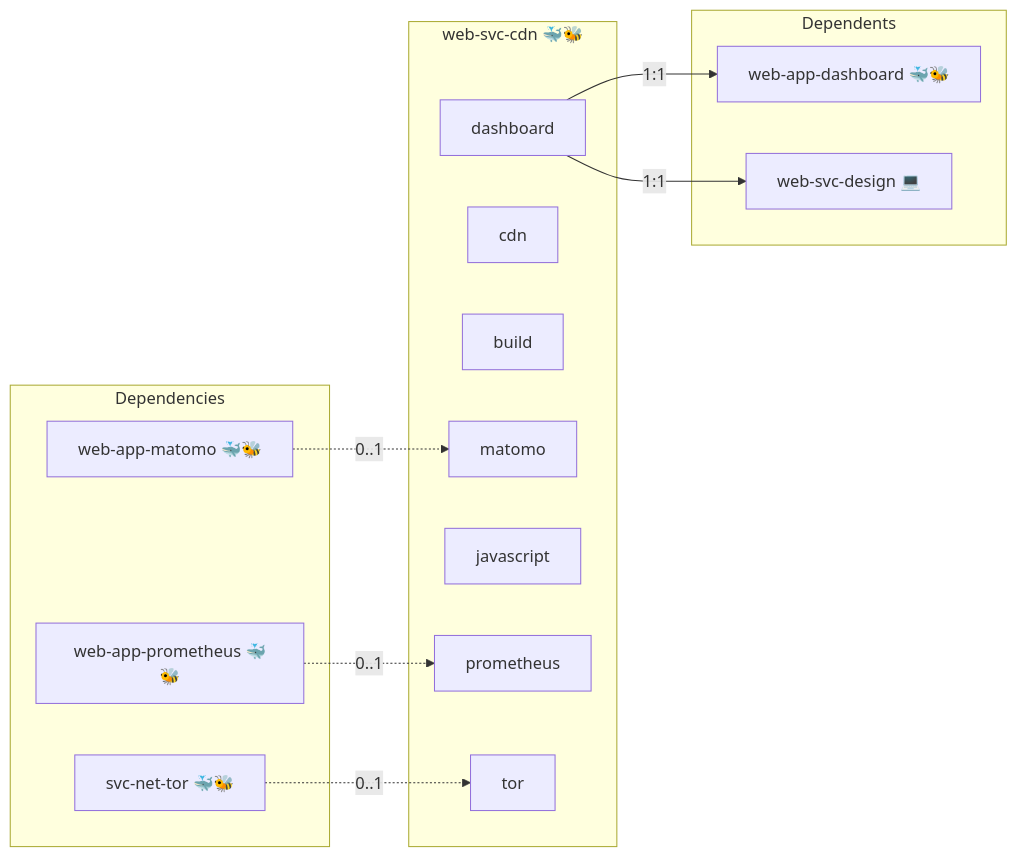
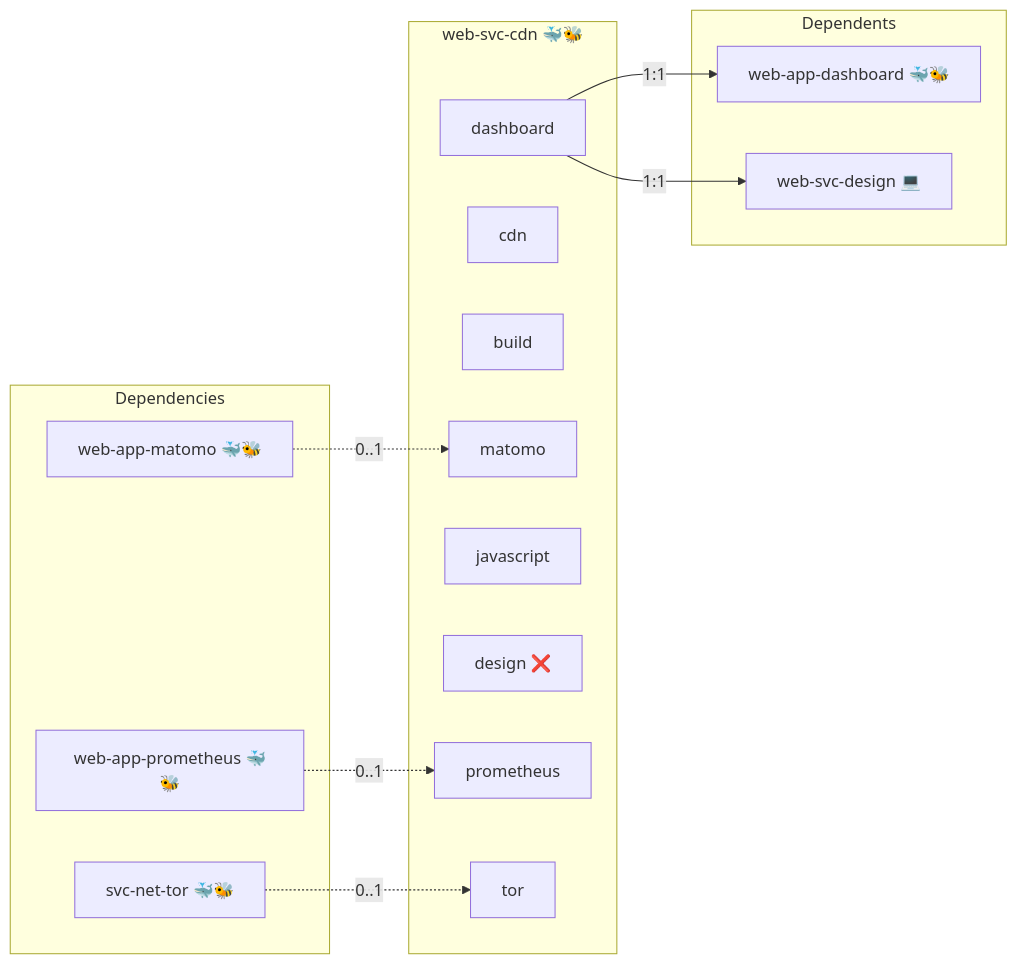
One commit to infinito-nexus/core changed the diagram in roles/web-svc-cdn/README.md. Above: the diagram before and after it, drawn with Mermaid. The commit also changed 32 other files, not shown here.

````diff
--- a/roles/web-svc-cdn/README.md
+++ b/roles/web-svc-cdn/README.md
@@ -17,26 +17,27 @@
 ```mermaid
 flowchart LR
     subgraph deps [Dependencies]
         dep_svc_net_tor["svc-net-tor 🐳🐝"]
         dep_web_app_matomo["web-app-matomo 🐳🐝"]
         dep_web_app_prometheus["web-app-prometheus 🐳🐝"]
     end
     subgraph role [web-svc-cdn 🐳🐝]
         svc_dashboard["dashboard"]
         svc_cdn["cdn"]
         svc_build["build"]
         svc_matomo["matomo"]
         svc_javascript["javascript"]
+        svc_design["design ❌"]
         svc_prometheus["prometheus"]
         svc_tor["tor"]
     end
     subgraph dependents [Dependents]
         dpt_web_app_dashboard["web-app-dashboard 🐳🐝"]
         dpt_web_svc_design["web-svc-design 💻"]
     end
     dep_svc_net_tor -. "0..1" .-> svc_tor
     dep_web_app_matomo -. "0..1" .-> svc_matomo
     dep_web_app_prometheus -. "0..1" .-> svc_prometheus
     svc_dashboard -- "1:1" --> dpt_web_app_dashboard
     svc_dashboard -- "1:1" --> dpt_web_svc_design
 ```
````
